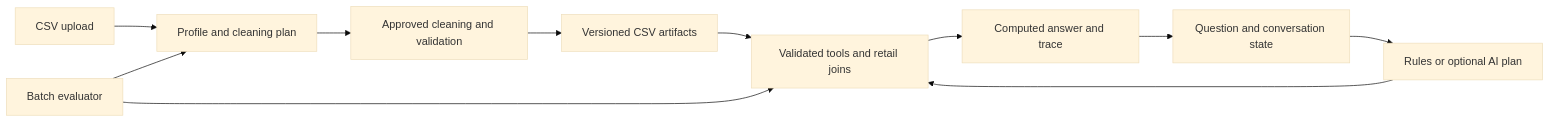
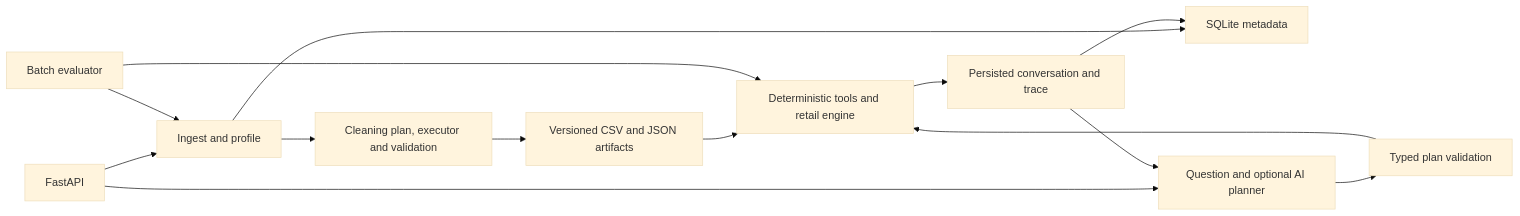
The diagram in README.md (ayushverma-codes/datapilot-ai), drawn with Mermaid (base theme) before and after one commit. The commit also changed other lines of this file and 4 other files, not shown here.

````diff
--- a/README.md
+++ b/README.md
@@ -18,13 +36,16 @@
 ```mermaid
 flowchart LR
-    CSV["CSV upload"] --> Profile["Profile and cleaning plan"]
-    Profile --> Clean["Approved cleaning and validation"]
-    Clean --> Files["Versioned CSV artifacts"]
-    Q["Question and conversation state"] --> Plan["Rules or optional AI plan"]
-    Plan --> Tools["Validated tools and retail joins"]
-    Files --> Tools
-    Tools --> Trace["Computed answer and trace"]
-    Trace --> Q
-    Batch["Batch evaluator"] --> Profile
-    Batch --> Tools
+    API["FastAPI"] --> ING["Ingest and profile"]
+    ING --> CLEAN["Cleaning plan, executor and validation"]
+    CLEAN --> FILES["Versioned CSV and JSON artifacts"]
+    ING --> DB["SQLite metadata"]
+    API --> PLAN["Question and optional AI planner"]
+    MEM["Persisted conversation and trace"] --> PLAN
+    PLAN --> VALID["Typed plan validation"]
+    VALID --> EXEC["Deterministic tools and retail engine"]
+    FILES --> EXEC
+    EXEC --> MEM
+    MEM --> DB
+    CLI["Batch evaluator"] --> ING
+    CLI --> EXEC
 ```
````
